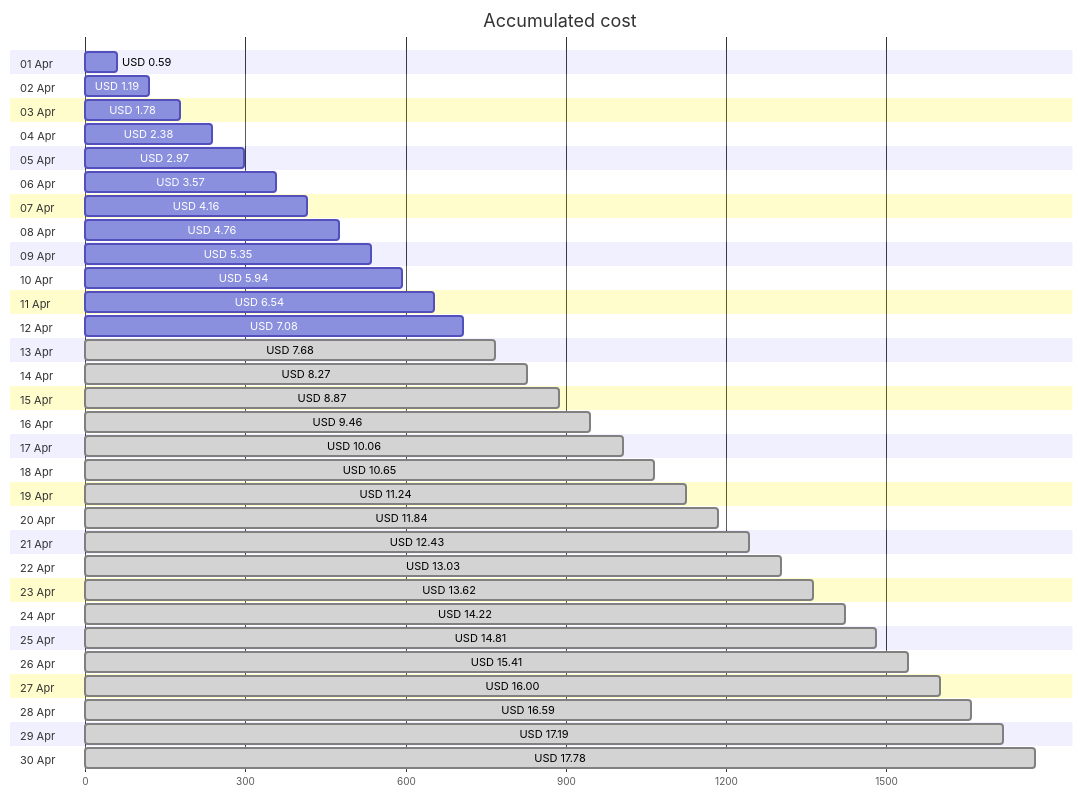
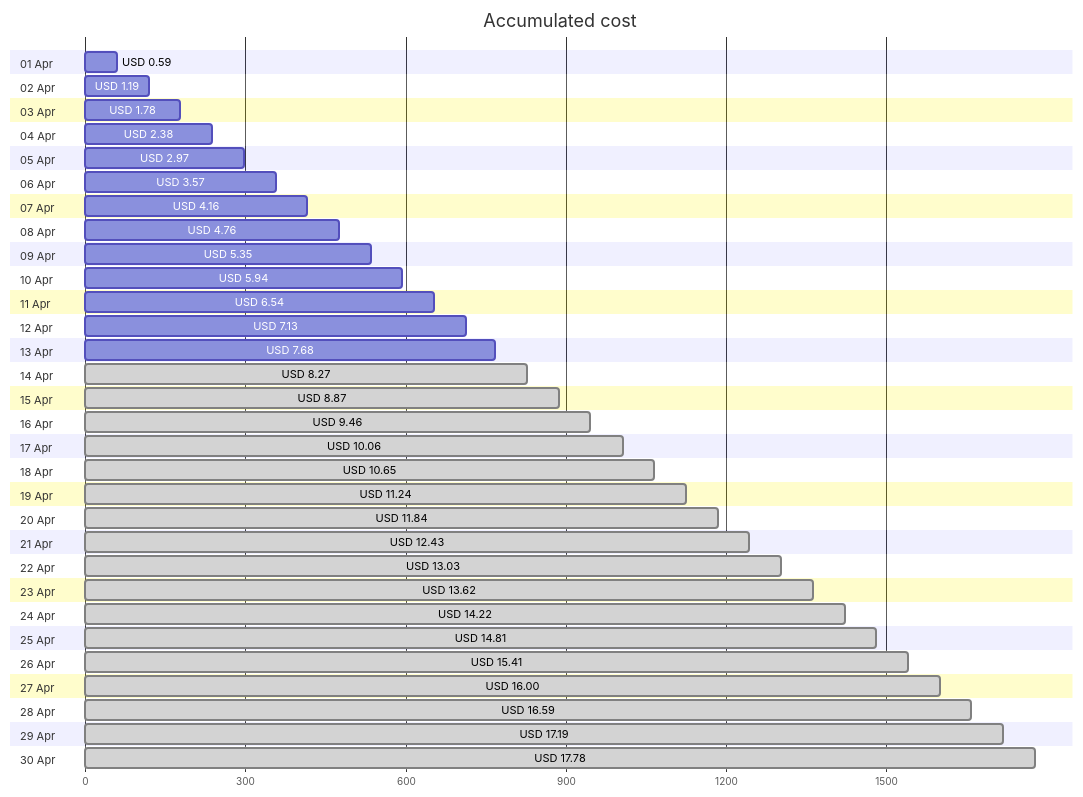
Before and after one commit to jpfulton/azure-personal-reports: the first of 4 diagrams in cost-reports/personal-site/README.md, drawn with Mermaid. The commit also changed other lines of this file and 6 other files, not shown here.

````diff
--- a/cost-reports/personal-site/README.md
+++ b/cost-reports/personal-site/README.md
@@ -20,66 +20,66 @@
 ```mermaid
 gantt
    title Accumulated cost
    dateFormat  X
    axisFormat %s
    section 01 Apr
    USD 0.59 :0, 59
    section 02 Apr
    USD 1.19 :0, 119
    section 03 Apr
    USD 1.78 :0, 178
    section 04 Apr
    USD 2.38 :0, 238
    section 05 Apr
    USD 2.97 :0, 297
    section 06 Apr
    USD 3.57 :0, 357
    section 07 Apr
    USD 4.16 :0, 416
    section 08 Apr
    USD 4.76 :0, 476
    section 09 Apr
    USD 5.35 :0, 535
    section 10 Apr
    USD 5.94 :0, 594
    section 11 Apr
    USD 6.54 :0, 654
    section 12 Apr
-   USD 7.08 :0, 708
+   USD 7.13 :0, 713
    section 13 Apr
-   USD 7.68 : done, 0, 768
+   USD 7.68 :0, 768
    section 14 Apr
    USD 8.27 : done, 0, 827
    section 15 Apr
    USD 8.87 : done, 0, 887
    section 16 Apr
    USD 9.46 : done, 0, 946
    section 17 Apr
    USD 10.06 : done, 0, 1006
    section 18 Apr
    USD 10.65 : done, 0, 1065
    section 19 Apr
    USD 11.24 : done, 0, 1124
    section 20 Apr
    USD 11.84 : done, 0, 1184
    section 21 Apr
    USD 12.43 : done, 0, 1243
    section 22 Apr
    USD 13.03 : done, 0, 1303
    section 23 Apr
    USD 13.62 : done, 0, 1362
    section 24 Apr
    USD 14.22 : done, 0, 1422
    section 25 Apr
    USD 14.81 : done, 0, 1481
    section 26 Apr
    USD 15.41 : done, 0, 1541
    section 27 Apr
    USD 16.00 : done, 0, 1600
    section 28 Apr
    USD 16.59 : done, 0, 1659
    section 29 Apr
    USD 17.19 : done, 0, 1719
    section 30 Apr
    USD 17.78 : done, 0, 1778
 ```
````
